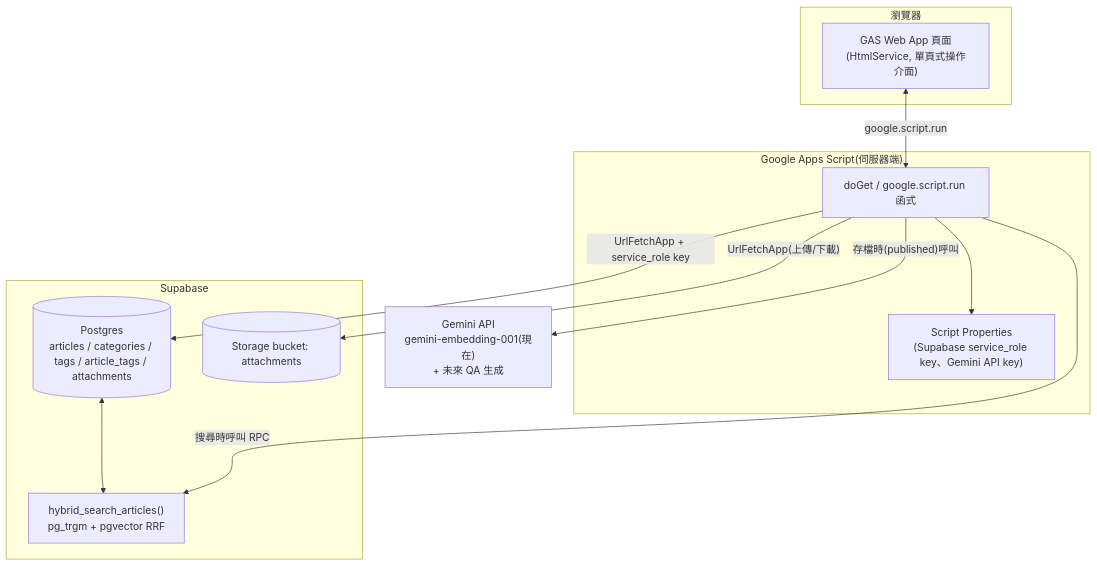
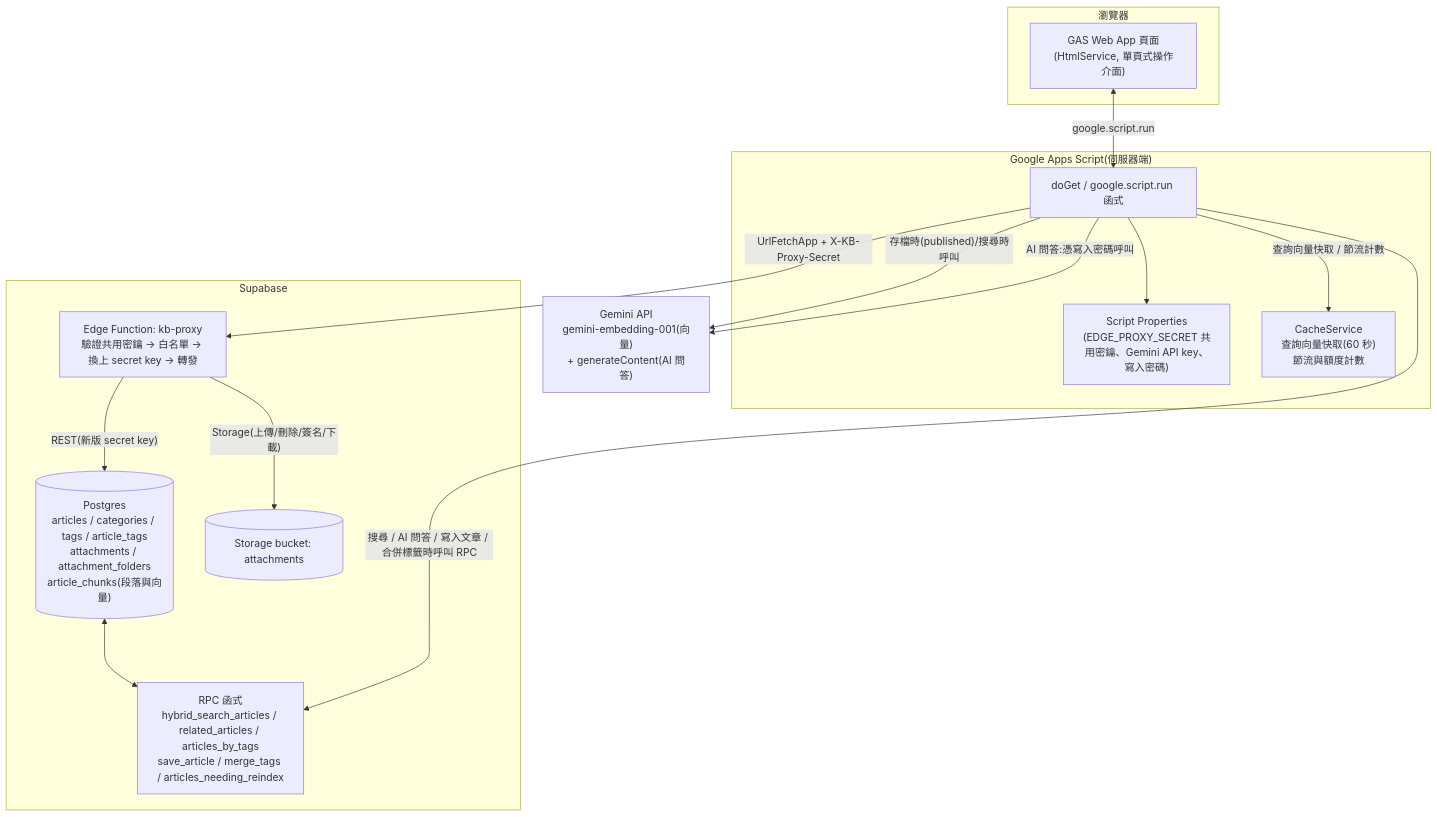
The diagram in docs/DESIGN.md (slc6172/KnowledgeBase), drawn with Mermaid before and after one commit. The commit also changed other lines of this file and 109 other files, not shown here.

````diff
--- a/docs/DESIGN.md
+++ b/docs/DESIGN.md
@@ -29,27 +39,32 @@
 ```mermaid
 flowchart TB
     subgraph Browser["瀏覽器"]
         UI["GAS Web App 頁面<br/>(HtmlService, 單頁式操作介面)"]
     end
 
     subgraph GAS["Google Apps Script(伺服器端)"]
         Router["doGet / google.script.run 函式"]
-        Secrets["Script Properties<br/>(Supabase service_role key、Gemini API key)"]
+        Secrets["Script Properties<br/>(EDGE_PROXY_SECRET 共用密鑰、Gemini API key、寫入密碼)"]
+        Cache["CacheService<br/>查詢向量快取(60 秒)<br/>節流與額度計數"]
     end
 
     subgraph Supabase["Supabase"]
-        PG[("Postgres<br/>articles / categories / tags / article_tags / attachments")]
+        Proxy["Edge Function: kb-proxy<br/>驗證共用密鑰 → 白名單 → 換上 secret key → 轉發"]
+        PG[("Postgres<br/>articles / categories / tags / article_tags<br/>attachments / attachment_folders<br/>article_chunks(段落與向量)")]
         Storage[("Storage bucket: attachments")]
-        RPC["hybrid_search_articles()<br/>pg_trgm + pgvector RRF"]
+        RPC["RPC 函式<br/>hybrid_search_articles / related_articles / articles_by_tags<br/>save_article / merge_tags / articles_needing_reindex"]
     end
 
-    Gemini["Gemini API<br/>gemini-embedding-001(現在)<br/>+ 未來 QA 生成"]
+    Gemini["Gemini API<br/>gemini-embedding-001(向量)<br/>+ generateContent(AI 問答)"]
 
     UI <-- "google.script.run" --> Router
-    Router -- "UrlFetchApp + service_role key" --> PG
-    Router -- "UrlFetchApp(上傳/下載)" --> Storage
-    Router -- "存檔時(published)呼叫" --> Gemini
+    Router -- "UrlFetchApp + X-KB-Proxy-Secret" --> Proxy
+    Proxy -- "REST(新版 secret key)" --> PG
+    Proxy -- "Storage(上傳/刪除/簽名/下載)" --> Storage
+    Router -- "存檔時(published)/搜尋時呼叫" --> Gemini
+    Router -- "AI 問答:憑寫入密碼呼叫" --> Gemini
     Router --> Secrets
+    Router -- "查詢向量快取 / 節流計數" --> Cache
     PG <---> RPC
-    Router -- "搜尋時呼叫 RPC" --> RPC
+    Router -- "搜尋 / AI 問答 / 寫入文章 / 合併標籤時呼叫 RPC" --> RPC
 ```
````
